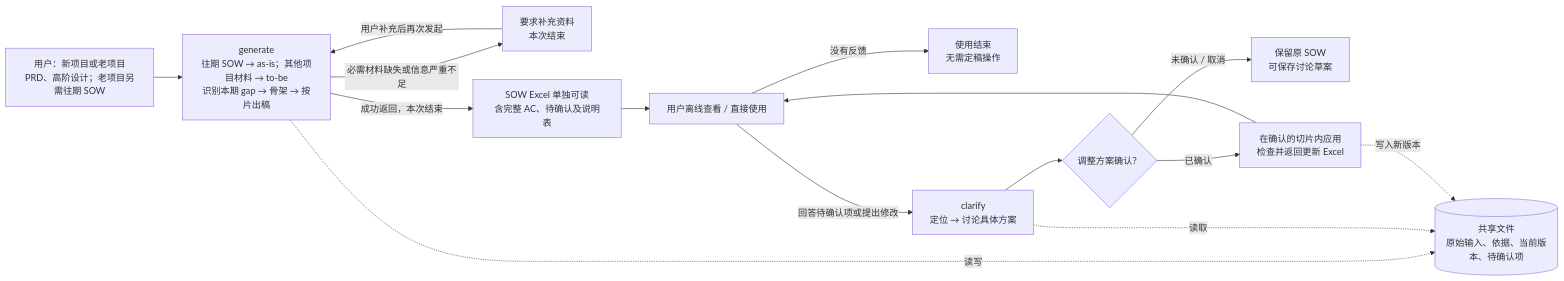
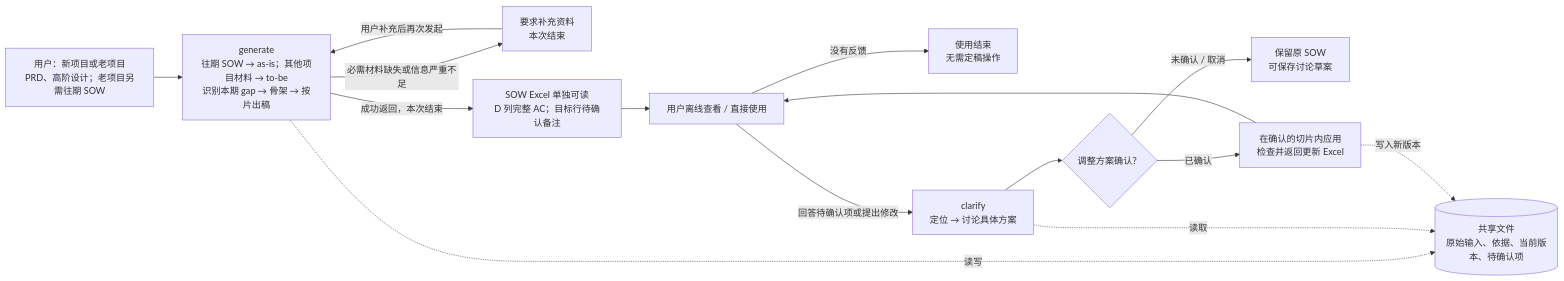
One commit to InspireChina/ai-plugin-marketplace changed the diagram in plugins/ai-sow-lite/docs/design/README.md. Above: the diagram before and after it, drawn with Mermaid. The commit also changed other lines of this file and 47 other files, not shown here.

````diff
--- a/plugins/ai-sow-lite/docs/design/README.md
+++ b/plugins/ai-sow-lite/docs/design/README.md
@@ -22,17 +22,17 @@
 ```mermaid
 flowchart LR
     U["用户：新项目或老项目<br/>PRD、高阶设计；老项目另需往期 SOW"] --> G["generate<br/>往期 SOW → as-is；其他项目材料 → to-be<br/>识别本期 gap → 骨架 → 按片出稿"]
     G -->|必需材料缺失或信息严重不足| N["要求补充资料<br/>本次结束"]
     N -->|用户补充后再次发起| G
-    G -->|成功返回，本次结束| X["SOW Excel 单独可读<br/>含完整 AC、待确认及说明表"]
+    G -->|成功返回，本次结束| X["SOW Excel 单独可读<br/>D 列完整 AC；目标行待确认备注"]
     X --> R["用户离线查看 / 直接使用"]
     R -->|没有反馈| E["使用结束<br/>无需定稿操作"]
     R -->|回答待确认项或提出修改| C["clarify<br/>定位 → 讨论具体方案"]
     C --> P{"调整方案确认？"}
     P -->|未确认 / 取消| K["保留原 SOW<br/>可保存讨论草案"]
     P -->|已确认| A["在确认的切片内应用<br/>检查并返回更新 Excel"]
     A --> R
     G -.读写.-> F[("共享文件<br/>原始输入、依据、当前版本、待确认项")]
     C -.读取.-> F
     A -.写入新版本.-> F
 ```
````
